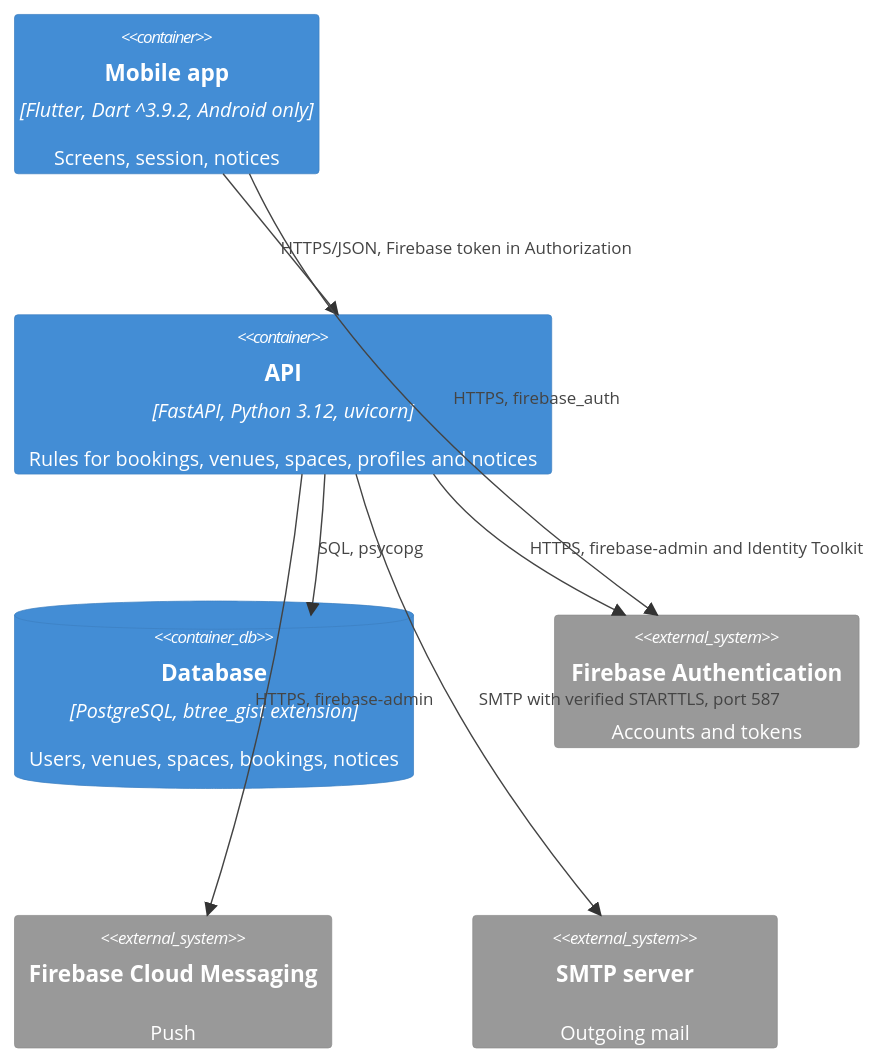
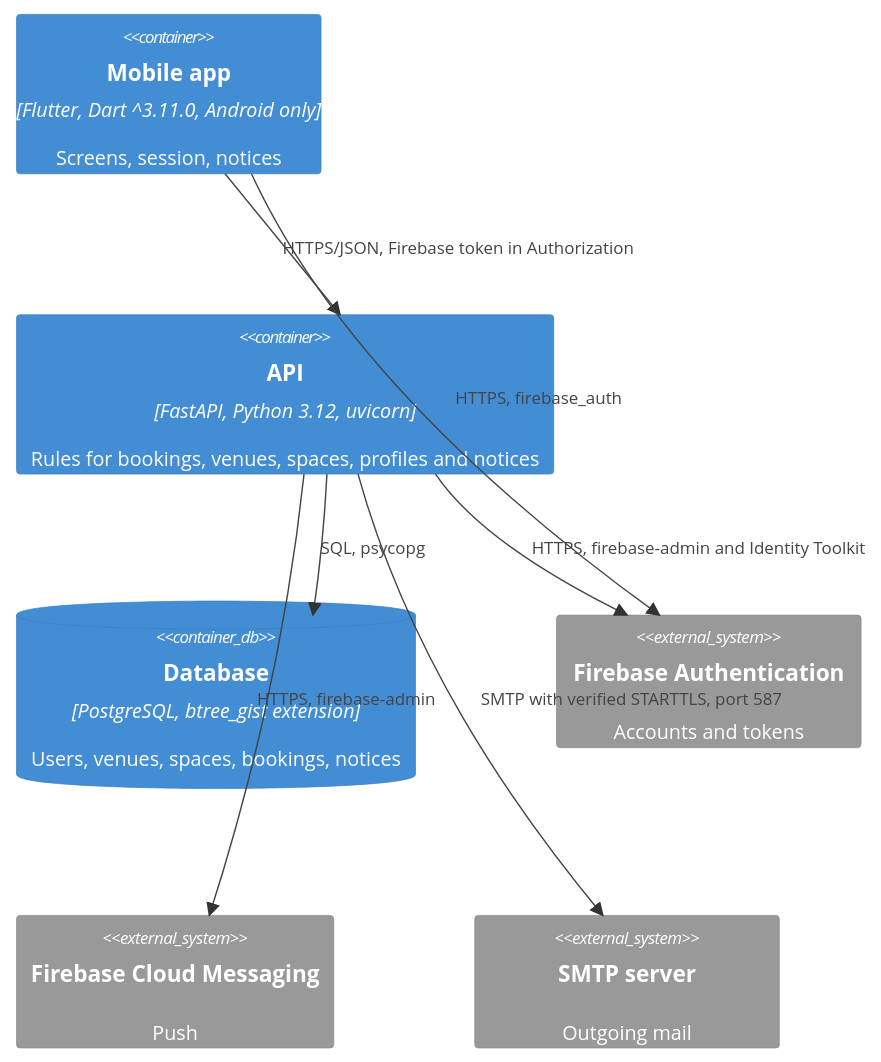
Before and after one commit to NahuelMosse/ClubNahuelMosse: the second of 3 diagrams in docs/technical/system-design.md, drawn with Mermaid. The commit also changed 34 other files, not shown here.

First line of the commit message:
ci: Flutter 3.41.9 (Dart 3.11) para shared_preferences 2.5.6 (#73)

````diff
--- a/docs/technical/system-design.md
+++ b/docs/technical/system-design.md
@@ -27,15 +27,15 @@
 ```mermaid
 C4Container
-  Container(movil, "Mobile app", "Flutter, Dart ^3.9.2, Android only", "Screens, session, notices")
+  Container(movil, "Mobile app", "Flutter, Dart ^3.11.0, Android only", "Screens, session, notices")
   Container(api, "API", "FastAPI, Python 3.12, uvicorn", "Rules for bookings, venues, spaces, profiles and notices")
   ContainerDb(db, "Database", "PostgreSQL, btree_gist extension", "Users, venues, spaces, bookings, notices")
   System_Ext(auth, "Firebase Authentication", "Accounts and tokens")
   System_Ext(fcm, "Firebase Cloud Messaging", "Push")
   System_Ext(correo, "SMTP server", "Outgoing mail")
   Rel(movil, api, "HTTPS/JSON, Firebase token in Authorization")
   Rel(movil, auth, "HTTPS, firebase_auth")
   Rel(api, db, "SQL, psycopg")
   Rel(api, auth, "HTTPS, firebase-admin and Identity Toolkit")
   Rel(api, fcm, "HTTPS, firebase-admin")
   Rel(api, correo, "SMTP with verified STARTTLS, port 587")
 ```
````
